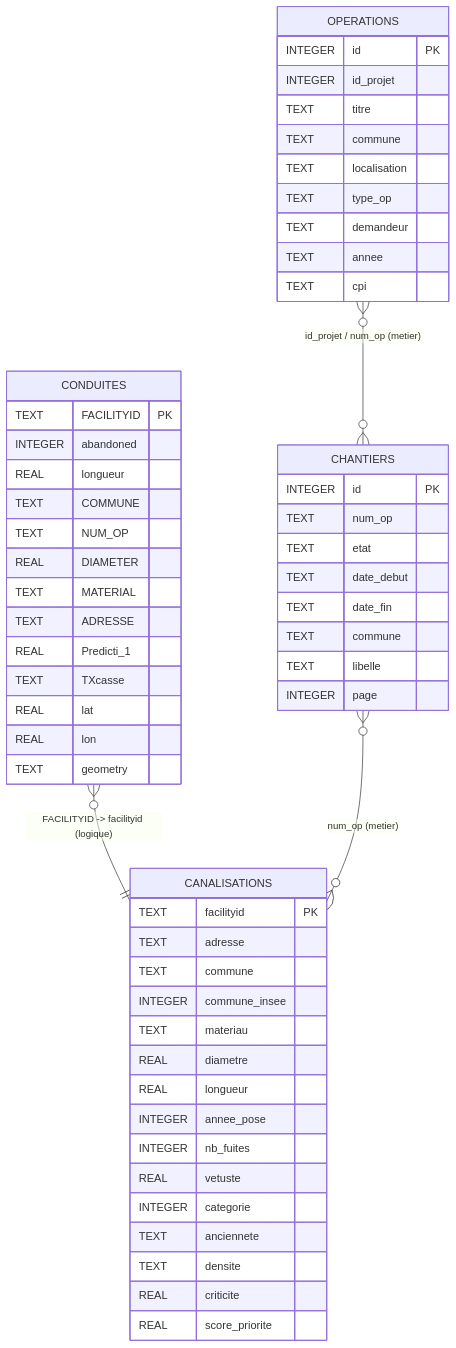
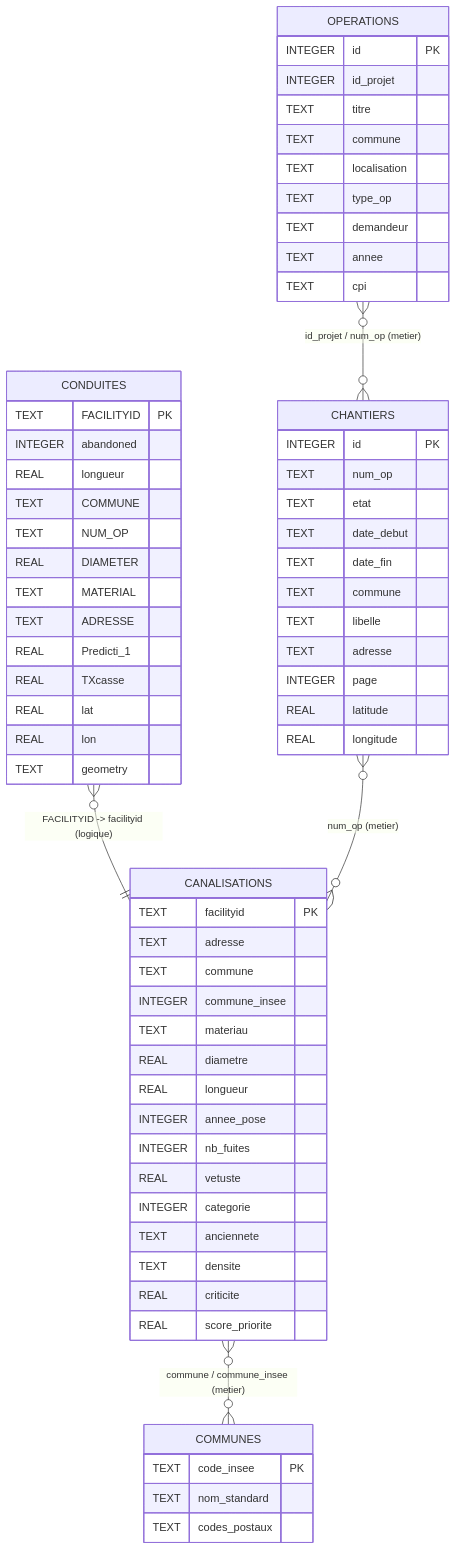
Before and after one commit to JulesCinc/RenovTaCana: the diagram in database/MCD.md, drawn with Mermaid. The commit also changed other lines of this file and 13 other files, not shown here.

````diff
--- a/database/MCD.md
+++ b/database/MCD.md
@@ -16,63 +25,73 @@
 ```mermaid
 erDiagram
     CONDUITES {
         TEXT FACILITYID PK
         INTEGER abandoned
         REAL longueur
         TEXT COMMUNE
         TEXT NUM_OP
         REAL DIAMETER
         TEXT MATERIAL
         TEXT ADRESSE
         REAL Predicti_1
-        TEXT TXcasse
+        REAL TXcasse
         REAL lat
         REAL lon
         TEXT geometry
     }
 
     CANALISATIONS {
         TEXT facilityid PK
         TEXT adresse
         TEXT commune
         INTEGER commune_insee
         TEXT materiau
         REAL diametre
         REAL longueur
         INTEGER annee_pose
         INTEGER nb_fuites
         REAL vetuste
         INTEGER categorie
         TEXT anciennete
         TEXT densite
         REAL criticite
         REAL score_priorite
     }
 
     CHANTIERS {
         INTEGER id PK
         TEXT num_op
         TEXT etat
         TEXT date_debut
         TEXT date_fin
         TEXT commune
         TEXT libelle
+        TEXT adresse
         INTEGER page
+        REAL latitude
+        REAL longitude
+    }
+
+    COMMUNES {
+        TEXT code_insee PK
+        TEXT nom_standard
+        TEXT codes_postaux
     }
 
     OPERATIONS {
         INTEGER id PK
         INTEGER id_projet
         TEXT titre
         TEXT commune
         TEXT localisation
         TEXT type_op
         TEXT demandeur
         TEXT annee
         TEXT cpi
     }
 
     CONDUITES }o--|| CANALISATIONS : "FACILITYID -> facilityid (logique)"
     CHANTIERS }o--o{ CANALISATIONS : "num_op (metier)"
     OPERATIONS }o--o{ CHANTIERS : "id_projet / num_op (metier)"
+    CANALISATIONS }o--o{ COMMUNES : "commune / commune_insee (metier)"
 ```
````
